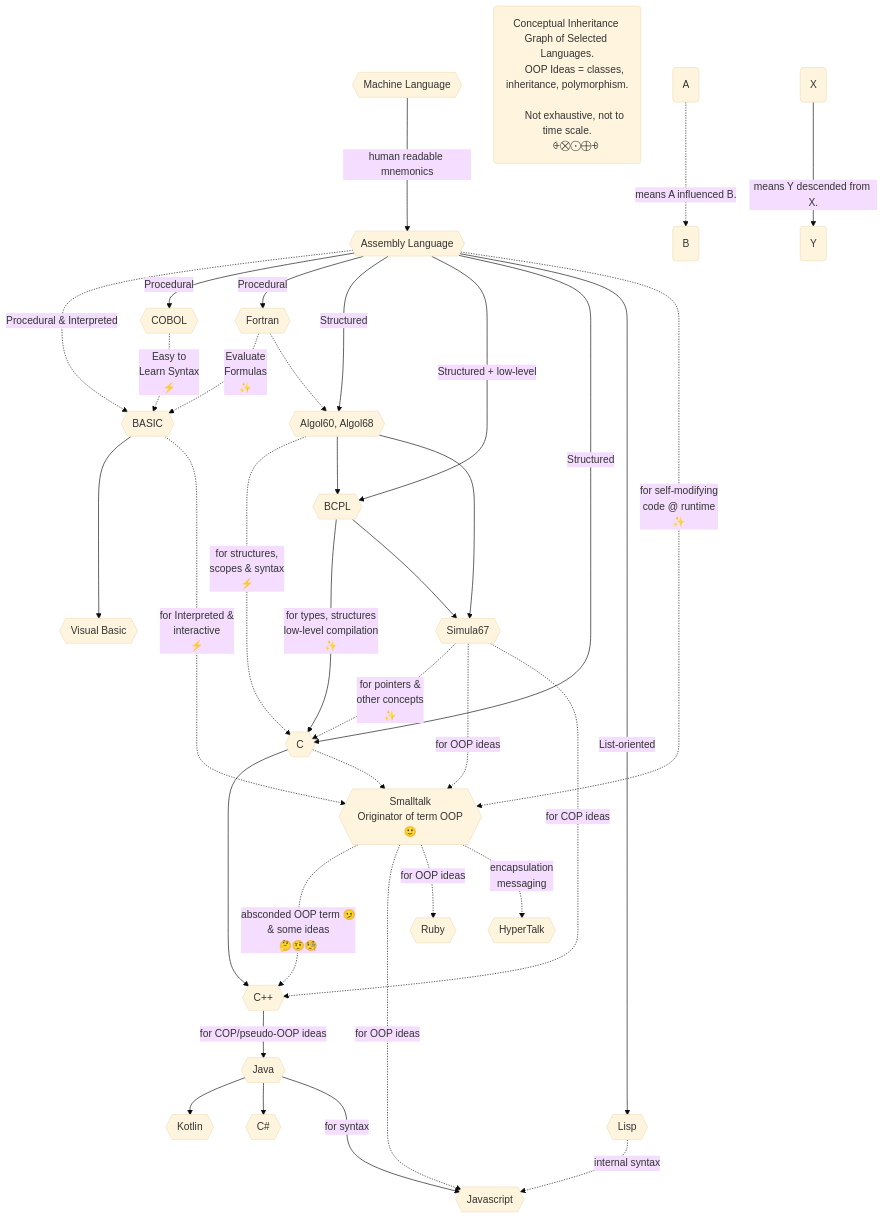
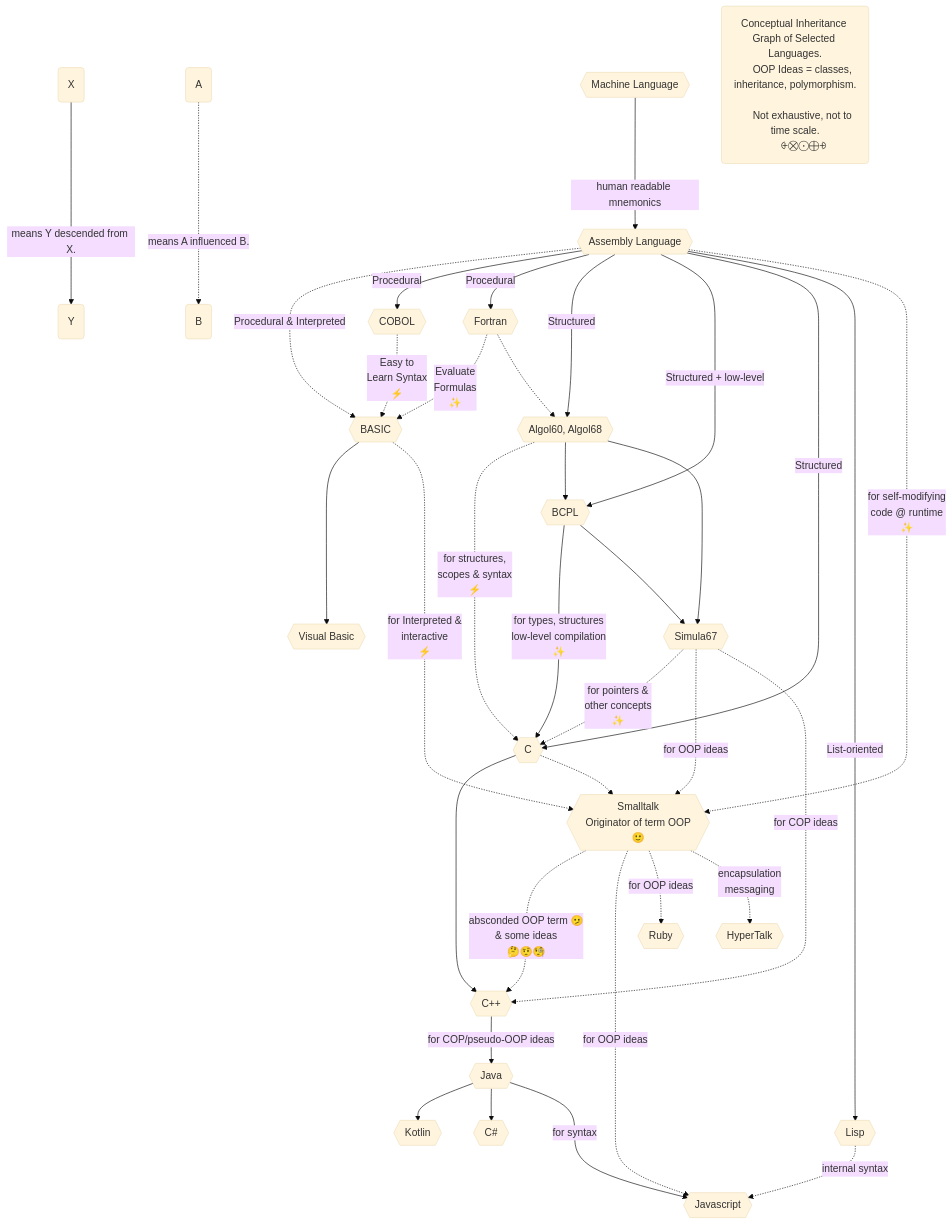
The diagram in 13-Conclusion.md (realityexpander/How_to_program_from_ground_up), drawn with Mermaid (base theme) before and after one commit.

Commit message:
improve map

````diff
--- a/13-Conclusion.md
+++ b/13-Conclusion.md
@@ -30,73 +30,73 @@
   ```mermaid
     graph TB
         MachineLanguage{{Machine Language}} -->|human readable mnemonics| AssemblyLanguage
         AssemblyLanguage{{Assembly Language}} -.->|Procedural & Interpreted|Basic
         AssemblyLanguage{{Assembly Language}} -->|Procedural|COBOL
         AssemblyLanguage{{Assembly Language}} -->|Procedural|Fortran
         AssemblyLanguage{{Assembly Language}} -->|Structured|Algol68
         AssemblyLanguage{{Assembly Language}} -->|Structured + low-level|BCPL
         AssemblyLanguage{{Assembly Language}} -->|Structured|C
         AssemblyLanguage{{Assembly Language}} -->|List-oriented|Lisp
         
         COBOL{{"COBOL"}} -.->|"Easy to 
                               Learn Syntax
                               ⚡️️"|Basic
         Basic{{"BASIC"}} ---> VisualBasic
         Fortran{{"Fortran"}} -.->|"Evaluate 
                                   Formulas
                                   ✨"|Basic
         Algol68{{Algol60, Algol68}} -.->|"for structures, 
                                 scopes & syntax
                                 ⚡️️
                                 "|C
         BCPL{{"BCPL"}} -->|"for types, structures 
                             low-level compilation
                             ✨"|C
         Algol68 --> BCPL 
         BCPL --> Simula67
         Algol68 --> Simula67
         Simula67{{"Simula67"}} -.->|"for pointers & 
                                     other concepts
                                     ✨"|C
         Simula67 -.->|for OOP ideas|Smalltalk
         C{{"C"}} -->Cplusplus
         C -.->Smalltalk
         Simula67 -.->|for COP ideas|Cplusplus
         Cplusplus{{"C++"}} -->|for COP/pseudo-OOP ideas|Java
         Smalltalk -..->|"absconded OOP term 🫤 
                         & some ideas
                         🤔🤨🧐"|Cplusplus
         Java{{Java}} -->Kotlin
         Java -->CSharp
         CSharp{{"C#"}}
         Fortran -.->Algol68
         Smalltalk{{"Smalltalk
                   Originator of term OOP
                   🙂"}} -.->|for OOP ideas|Javascript
         Smalltalk -.->|for OOP ideas|Ruby
         Smalltalk -.->|"encapsulation
                        messaging"|HyperTalk
         Basic -.-> |"for Interpreted & 
                     interactive
                     ⚡️"|Smalltalk
         AssemblyLanguage-.->|"for self-modifying 
                               code @ runtime
                               ✨"|Smalltalk
         
         Lisp{{"Lisp"}} -.->|internal syntax|Javascript
         Java--->|for syntax|Javascript
         Kotlin{{Kotlin}}
         Ruby{{Ruby}}
         HyperTalk{{HyperTalk}}
         Javascript{{Javascript}}
         VisualBasic{{"Visual Basic"}}
     
+    X("X") ---> |means Y descended from X.| Y("Y")
+    A("A") -..-> |means A influenced B.| B("B")
     Note("Conceptual Inheritance Graph of Selected Languages.
           OOP Ideas = classes, inheritance, polymorphism.
           
           Not exhaustive, not to time scale.
           ⨭⨂⨀⨁⨮")
-    A("A") -.-> |means A influenced B.| B("B")
-    X("X") --> |means Y descended from X.| Y("Y")
     
   ```
````
